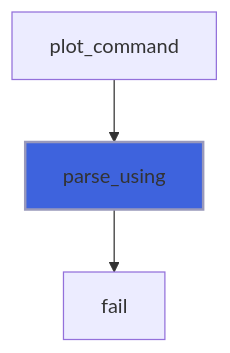
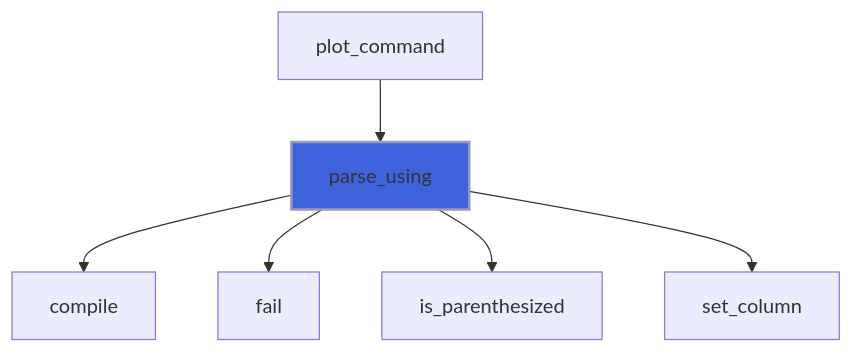
Before and after one commit to szaghi/foresight: diagram 12 of 26 in docs/api/src/lib/foresight_script.md, drawn with Mermaid. The commit also changed other lines of this file and 16 other files, not shown here.

````diff
--- a/docs/api/src/lib/foresight_script.md
+++ b/docs/api/src/lib/foresight_script.md
@@ -439,6 +444,9 @@
 ```mermaid
 flowchart TD
   plot_command["plot_command"] --> parse_using["parse_using"]
+  parse_using["parse_using"] --> compile["compile"]
   parse_using["parse_using"] --> fail["fail"]
+  parse_using["parse_using"] --> is_parenthesized["is_parenthesized"]
+  parse_using["parse_using"] --> set_column["set_column"]
   style parse_using fill:#3e63dd,stroke:#99b,stroke-width:2px
 ```
````
